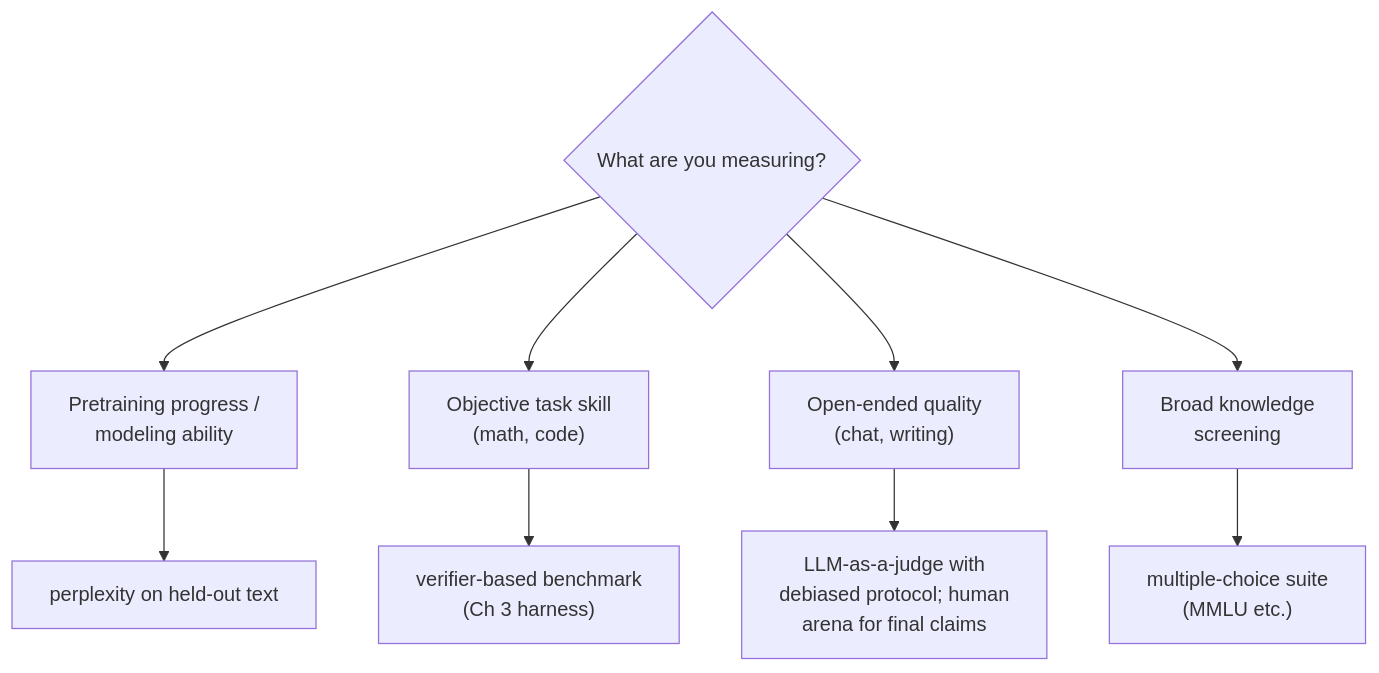
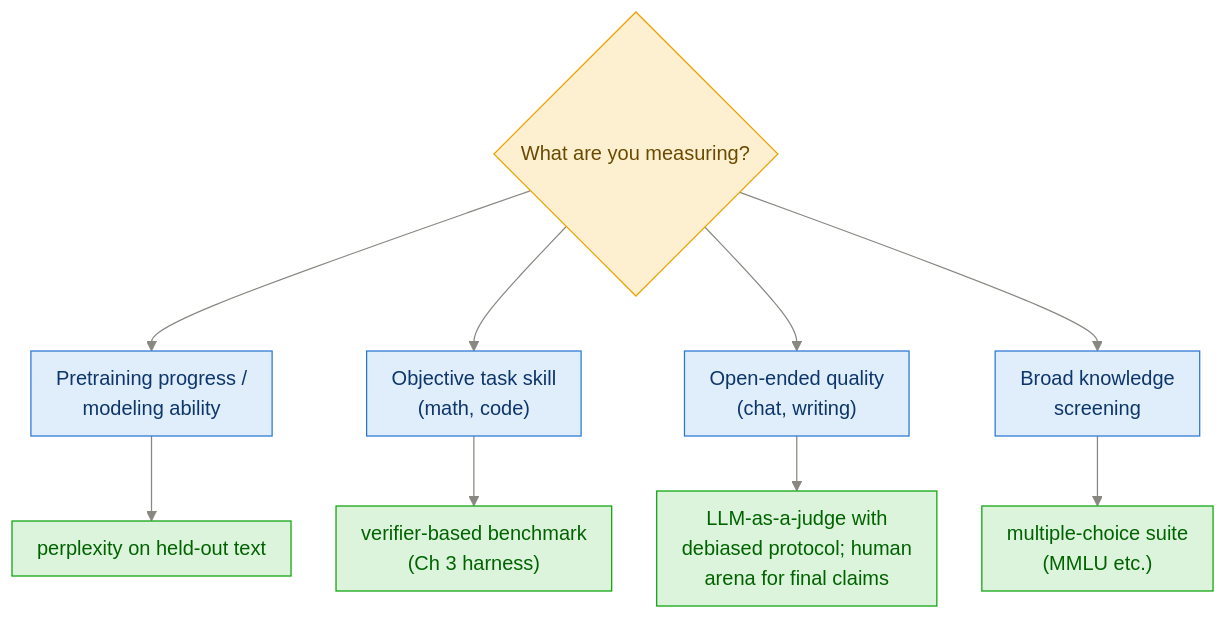
The fourth of 4 diagrams in study_guide/appendix_evaluation_methods.md (sudhanshu-shivam-dev/reasoning_model_from_scratch), drawn with Mermaid before and after one commit. The commit also changed other lines of this file and 14 other files, not shown here.

First line of the commit message:
Restyle all 54 diagrams: consistent palette, semantic colors, better spacing

````diff
--- a/study_guide/appendix_evaluation_methods.md
+++ b/study_guide/appendix_evaluation_methods.md
@@ -142,11 +153,16 @@
 ```mermaid
+%%{init: {"theme":"base","themeVariables":{"primaryColor":"#e0edfb","primaryTextColor":"#0d366b","primaryBorderColor":"#2a78d6","lineColor":"#898781","textColor":"#52514e","edgeLabelBackground":"#f0efec","clusterBkg":"rgba(137,135,129,0.07)","clusterBorder":"#a9a7a0","titleColor":"#898781"},"flowchart":{"nodeSpacing":36,"rankSpacing":44,"curve":"basis","padding":10}}}%%
 flowchart TB
     S{"What are you measuring?"} --> A["Pretraining progress /<br/>modeling ability"]
     S --> B["Objective task skill<br/>(math, code)"]
     S --> C["Open-ended quality<br/>(chat, writing)"]
     S --> D["Broad knowledge<br/>screening"]
     A --> PPL["perplexity on held-out text"]
     B --> VER["verifier-based benchmark<br/>(Ch 3 harness)"]
     C --> JUD["LLM-as-a-judge with<br/>debiased protocol; human<br/>arena for final claims"]
     D --> MC["multiple-choice suite<br/>(MMLU etc.)"]
+    classDef dec fill:#fdf0d1,stroke:#eda100,color:#6b4a00
+    classDef good fill:#dcf3dc,stroke:#0ca30c,color:#006300
+    class S dec
+    class PPL,VER,JUD,MC good
 ```
````
